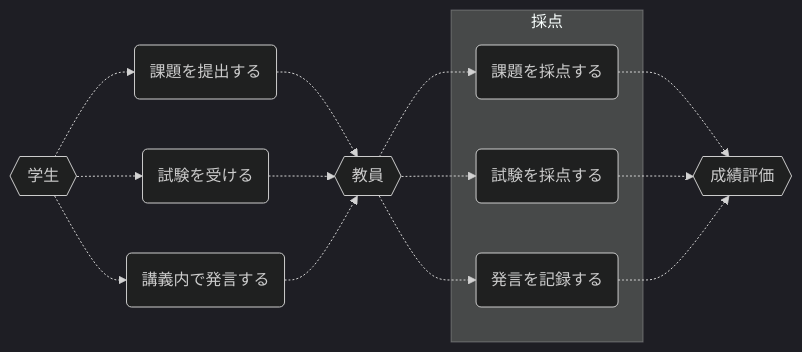
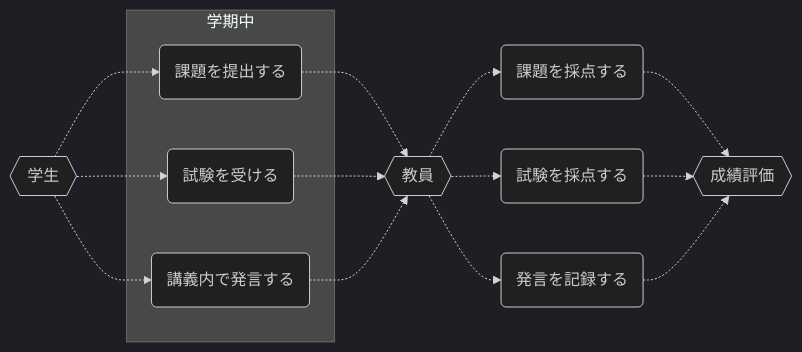
Before and after one commit to Shibasaki1224/Marmade_Vol.1: the diagram in mermaid3_ex1.md, drawn with Mermaid (dark theme). The commit also changed 1 other file, not shown here.

Commit message:
ex1の修正&ex2の追加

````diff
--- a/mermaid3_ex1.md
+++ b/mermaid3_ex1.md
@@ -1,22 +1,22 @@
 ```mermaid
 flowchart LR
 S{{学生}}
 a(課題を提出する)
 b(試験を受ける)
 c(講義内で発言する)
 T{{教員}}
 d(課題を採点する)
 e(試験を採点する)
 f(発言を記録する)
 P{{成績評価}}
 
 S-.->a-.->T-.->d-.->P
 S-.->b-.->T-.->e-.->P
 S-.->c-.->T-.->f-.->P
-subgraph 採点
-d
-e
-f
+subgraph 学期中
+a
+b
+c
 
 end
 ```
````
